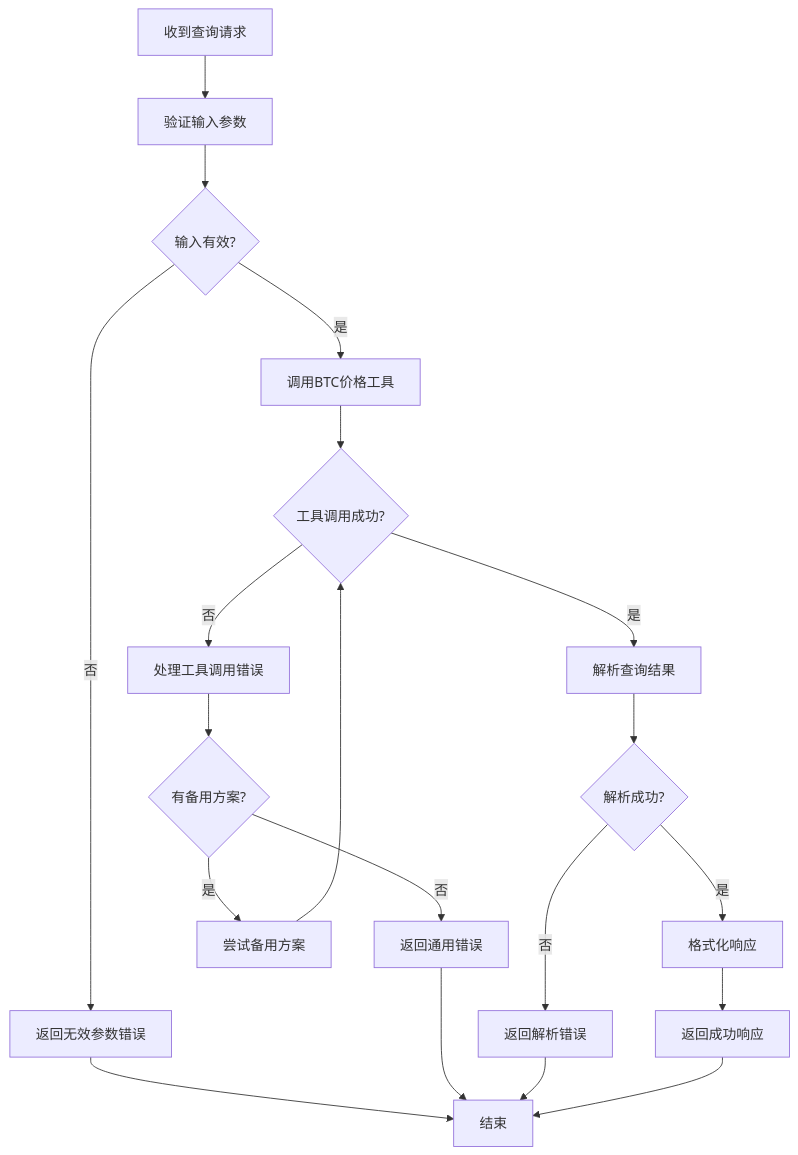
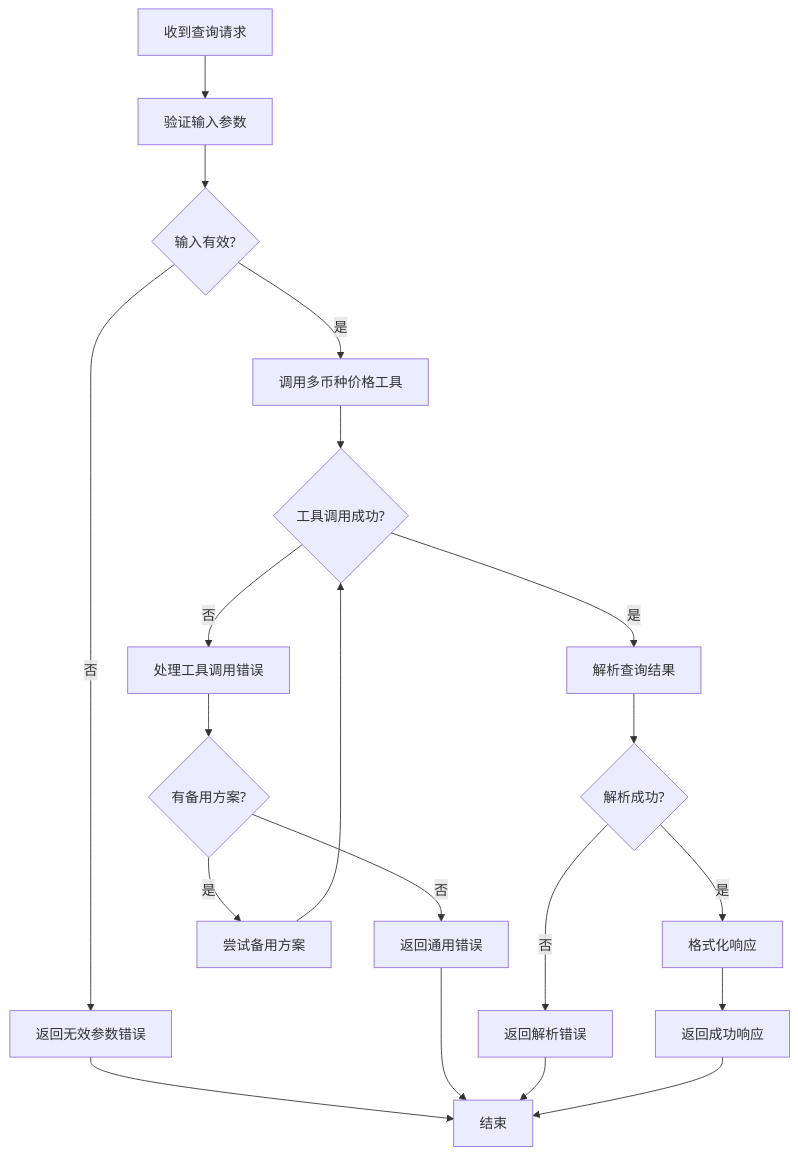
One commit to CryptoLinxu/Web3-AI-Agent changed diagram 11 of 12 in .qoder/repowiki/zh/content/Web3工具集成/核心Web3工具实现/BTC价格查询工具.md. Above: the diagram before and after it, drawn with Mermaid. The commit also changed other lines of this file and 9 other files, not shown here.

````diff
--- a/.qoder/repowiki/zh/content/Web3工具集成/核心Web3工具实现/BTC价格查询工具.md
+++ b/.qoder/repowiki/zh/content/Web3工具集成/核心Web3工具实现/BTC价格查询工具.md
@@ -434,22 +466,22 @@
 ```mermaid
 flowchart TD
 Request[收到查询请求] --> ValidateInput[验证输入参数]
 ValidateInput --> InputValid{输入有效?}
 InputValid --> |否| ReturnInvalid[返回无效参数错误]
-InputValid --> |是| CallTool[调用BTC价格工具]
+InputValid --> |是| CallTool[调用多币种价格工具]
 CallTool --> ToolSuccess{工具调用成功?}
 ToolSuccess --> |否| HandleToolError[处理工具调用错误]
 ToolSuccess --> |是| ParseResult[解析查询结果]
 ParseResult --> ParseSuccess{解析成功?}
 ParseSuccess --> |否| ReturnParseError[返回解析错误]
 ParseSuccess --> |是| FormatResponse[格式化响应]
 FormatResponse --> ReturnSuccess[返回成功响应]
 HandleToolError --> CheckFallback{有备用方案?}
 CheckFallback --> |是| TryFallback[尝试备用方案]
 CheckFallback --> |否| ReturnError[返回通用错误]
 TryFallback --> ToolSuccess
 ReturnInvalid --> End[结束]
 ReturnError --> End
 ReturnParseError --> End
 ReturnSuccess --> End
 ```
````
